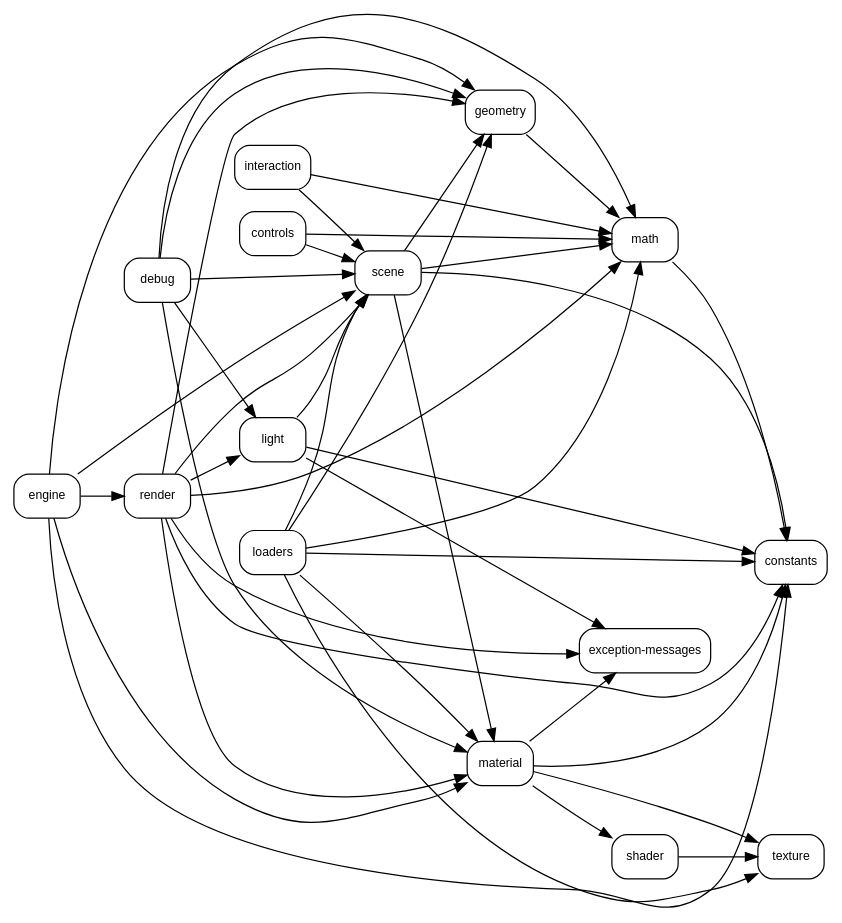
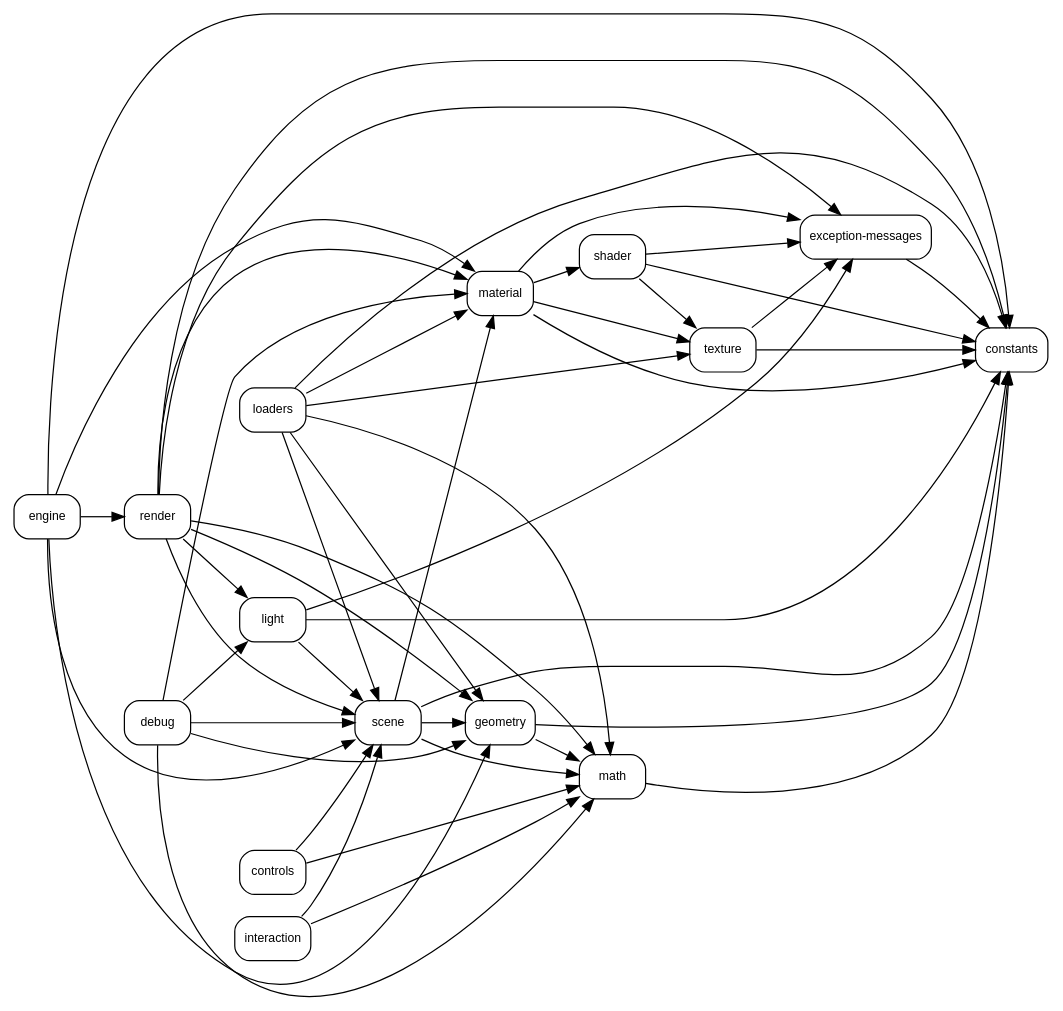
The diagram in docs/hld-component-diagrams/folder-dependency.dot (gelovolro/gerawebgl), drawn with Graphviz before and after one commit. The commit also changed 277 other files, not shown here.

```diff
--- a/docs/hld-component-diagrams/folder-dependency.dot
+++ b/docs/hld-component-diagrams/folder-dependency.dot
@@ -1,64 +1,70 @@
 digraph FolderDependencies {
     rankdir="LR";
     graph [fontsize=10, fontname="Arial"];
     node [shape=box, style="rounded", fontsize=10, fontname="Arial"];
     edge [fontsize=9, fontname="Arial"];
 
     "constants";
     "controls";
     "debug";
     "engine";
     "exception-messages";
     "geometry";
     "interaction";
     "light";
     "loaders";
     "material";
     "math";
     "render";
     "scene";
     "shader";
     "texture";
 
     "controls" -> "math";
     "controls" -> "scene";
     "debug" -> "geometry";
     "debug" -> "light";
     "debug" -> "material";
     "debug" -> "math";
     "debug" -> "scene";
     "engine" -> "constants";
     "engine" -> "geometry";
     "engine" -> "material";
     "engine" -> "render";
     "engine" -> "scene";
+    "exception-messages" -> "constants";
+    "geometry" -> "constants";
     "geometry" -> "math";
     "interaction" -> "math";
     "interaction" -> "scene";
     "light" -> "constants";
     "light" -> "exception-messages";
     "light" -> "scene";
     "loaders" -> "constants";
     "loaders" -> "geometry";
     "loaders" -> "material";
     "loaders" -> "math";
     "loaders" -> "scene";
     "loaders" -> "texture";
     "material" -> "constants";
     "material" -> "exception-messages";
     "material" -> "shader";
     "material" -> "texture";
     "math" -> "constants";
     "render" -> "constants";
     "render" -> "exception-messages";
     "render" -> "geometry";
     "render" -> "light";
     "render" -> "material";
     "render" -> "math";
     "render" -> "scene";
     "scene" -> "constants";
     "scene" -> "geometry";
     "scene" -> "material";
     "scene" -> "math";
+    "shader" -> "constants";
+    "shader" -> "exception-messages";
     "shader" -> "texture";
+    "texture" -> "constants";
+    "texture" -> "exception-messages";
 }
```
